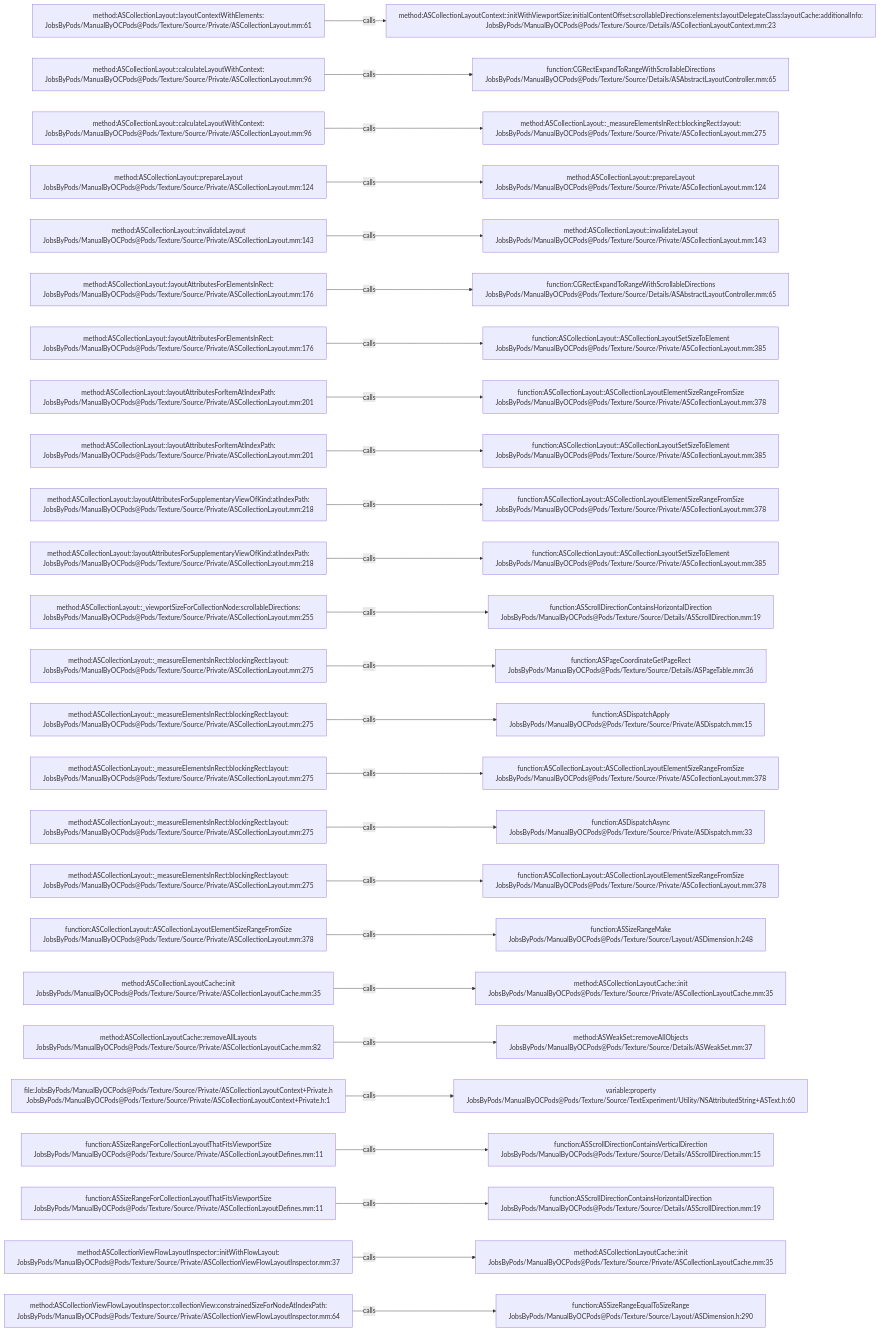
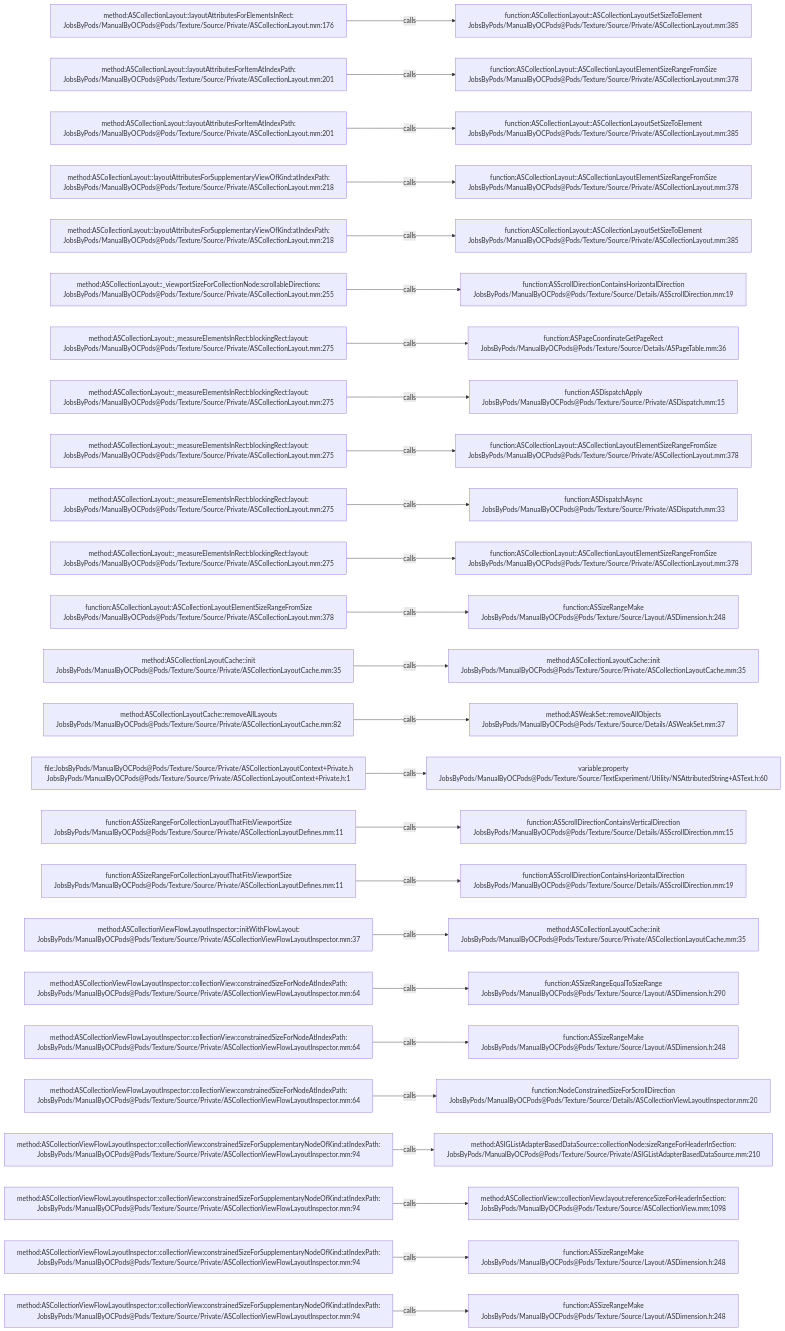
The diagram in .codegraph/codegraph.md/graphs/calls-177.md (JobsKits/JobsOCBaseConfigDemo), drawn with Mermaid before and after one commit. The commit also changed 666 other files, not shown here.

````diff
--- a/.codegraph/codegraph.md/graphs/calls-177.md
+++ b/.codegraph/codegraph.md/graphs/calls-177.md
@@ -13,78 +13,78 @@
 ```mermaid
 flowchart LR
-  S1["method:ASCollectionLayout::layoutContextWithElements:<br/>JobsByPods/ManualByOCPods@Pods/Texture/Source/Private/ASCollectionLayout.mm:61"]
-  T1["method:ASCollectionLayoutContext::initWithViewportSize:initialContentOffset:scrollableDirections:elements:layoutDelegateClass:layoutCache:additionalInfo:<br/>JobsByPods/ManualByOCPods@Pods/Texture/Source/Details/ASCollectionLayoutContext.mm:23"]
+  S1["method:ASCollectionLayout::layoutAttributesForElementsInRect:<br/>JobsByPods/ManualByOCPods@Pods/Texture/Source/Private/ASCollectionLayout.mm:176"]
+  T1["function:ASCollectionLayout::ASCollectionLayoutSetSizeToElement<br/>JobsByPods/ManualByOCPods@Pods/Texture/Source/Private/ASCollectionLayout.mm:385"]
   S1 -->|calls| T1
-  S2["method:ASCollectionLayout::calculateLayoutWithContext:<br/>JobsByPods/ManualByOCPods@Pods/Texture/Source/Private/ASCollectionLayout.mm:96"]
-  T2["function:CGRectExpandToRangeWithScrollableDirections<br/>JobsByPods/ManualByOCPods@Pods/Texture/Source/Details/ASAbstractLayoutController.mm:65"]
+  S2["method:ASCollectionLayout::layoutAttributesForItemAtIndexPath:<br/>JobsByPods/ManualByOCPods@Pods/Texture/Source/Private/ASCollectionLayout.mm:201"]
+  T2["function:ASCollectionLayout::ASCollectionLayoutElementSizeRangeFromSize<br/>JobsByPods/ManualByOCPods@Pods/Texture/Source/Private/ASCollectionLayout.mm:378"]
   S2 -->|calls| T2
-  S3["method:ASCollectionLayout::calculateLayoutWithContext:<br/>JobsByPods/ManualByOCPods@Pods/Texture/Source/Private/ASCollectionLayout.mm:96"]
-  T3["method:ASCollectionLayout::_measureElementsInRect:blockingRect:layout:<br/>JobsByPods/ManualByOCPods@Pods/Texture/Source/Private/ASCollectionLayout.mm:275"]
+  S3["method:ASCollectionLayout::layoutAttributesForItemAtIndexPath:<br/>JobsByPods/ManualByOCPods@Pods/Texture/Source/Private/ASCollectionLayout.mm:201"]
+  T3["function:ASCollectionLayout::ASCollectionLayoutSetSizeToElement<br/>JobsByPods/ManualByOCPods@Pods/Texture/Source/Private/ASCollectionLayout.mm:385"]
   S3 -->|calls| T3
-  S4["method:ASCollectionLayout::prepareLayout<br/>JobsByPods/ManualByOCPods@Pods/Texture/Source/Private/ASCollectionLayout.mm:124"]
-  T4["method:ASCollectionLayout::prepareLayout<br/>JobsByPods/ManualByOCPods@Pods/Texture/Source/Private/ASCollectionLayout.mm:124"]
+  S4["method:ASCollectionLayout::layoutAttributesForSupplementaryViewOfKind:atIndexPath:<br/>JobsByPods/ManualByOCPods@Pods/Texture/Source/Private/ASCollectionLayout.mm:218"]
+  T4["function:ASCollectionLayout::ASCollectionLayoutElementSizeRangeFromSize<br/>JobsByPods/ManualByOCPods@Pods/Texture/Source/Private/ASCollectionLayout.mm:378"]
   S4 -->|calls| T4
-  S5["method:ASCollectionLayout::invalidateLayout<br/>JobsByPods/ManualByOCPods@Pods/Texture/Source/Private/ASCollectionLayout.mm:143"]
-  T5["method:ASCollectionLayout::invalidateLayout<br/>JobsByPods/ManualByOCPods@Pods/Texture/Source/Private/ASCollectionLayout.mm:143"]
+  S5["method:ASCollectionLayout::layoutAttributesForSupplementaryViewOfKind:atIndexPath:<br/>JobsByPods/ManualByOCPods@Pods/Texture/Source/Private/ASCollectionLayout.mm:218"]
+  T5["function:ASCollectionLayout::ASCollectionLayoutSetSizeToElement<br/>JobsByPods/ManualByOCPods@Pods/Texture/Source/Private/ASCollectionLayout.mm:385"]
   S5 -->|calls| T5
-  S6["method:ASCollectionLayout::layoutAttributesForElementsInRect:<br/>JobsByPods/ManualByOCPods@Pods/Texture/Source/Private/ASCollectionLayout.mm:176"]
-  T6["function:CGRectExpandToRangeWithScrollableDirections<br/>JobsByPods/ManualByOCPods@Pods/Texture/Source/Details/ASAbstractLayoutController.mm:65"]
+  S6["method:ASCollectionLayout::_viewportSizeForCollectionNode:scrollableDirections:<br/>JobsByPods/ManualByOCPods@Pods/Texture/Source/Private/ASCollectionLayout.mm:255"]
+  T6["function:ASScrollDirectionContainsHorizontalDirection<br/>JobsByPods/ManualByOCPods@Pods/Texture/Source/Details/ASScrollDirection.mm:19"]
   S6 -->|calls| T6
-  S7["method:ASCollectionLayout::layoutAttributesForElementsInRect:<br/>JobsByPods/ManualByOCPods@Pods/Texture/Source/Private/ASCollectionLayout.mm:176"]
-  T7["function:ASCollectionLayout::ASCollectionLayoutSetSizeToElement<br/>JobsByPods/ManualByOCPods@Pods/Texture/Source/Private/ASCollectionLayout.mm:385"]
+  S7["method:ASCollectionLayout::_measureElementsInRect:blockingRect:layout:<br/>JobsByPods/ManualByOCPods@Pods/Texture/Source/Private/ASCollectionLayout.mm:275"]
+  T7["function:ASPageCoordinateGetPageRect<br/>JobsByPods/ManualByOCPods@Pods/Texture/Source/Details/ASPageTable.mm:36"]
   S7 -->|calls| T7
-  S8["method:ASCollectionLayout::layoutAttributesForItemAtIndexPath:<br/>JobsByPods/ManualByOCPods@Pods/Texture/Source/Private/ASCollectionLayout.mm:201"]
-  T8["function:ASCollectionLayout::ASCollectionLayoutElementSizeRangeFromSize<br/>JobsByPods/ManualByOCPods@Pods/Texture/Source/Private/ASCollectionLayout.mm:378"]
+  S8["method:ASCollectionLayout::_measureElementsInRect:blockingRect:layout:<br/>JobsByPods/ManualByOCPods@Pods/Texture/Source/Private/ASCollectionLayout.mm:275"]
+  T8["function:ASDispatchApply<br/>JobsByPods/ManualByOCPods@Pods/Texture/Source/Private/ASDispatch.mm:15"]
   S8 -->|calls| T8
-  S9["method:ASCollectionLayout::layoutAttributesForItemAtIndexPath:<br/>JobsByPods/ManualByOCPods@Pods/Texture/Source/Private/ASCollectionLayout.mm:201"]
-  T9["function:ASCollectionLayout::ASCollectionLayoutSetSizeToElement<br/>JobsByPods/ManualByOCPods@Pods/Texture/Source/Private/ASCollectionLayout.mm:385"]
+  S9["method:ASCollectionLayout::_measureElementsInRect:blockingRect:layout:<br/>JobsByPods/ManualByOCPods@Pods/Texture/Source/Private/ASCollectionLayout.mm:275"]
+  T9["function:ASCollectionLayout::ASCollectionLayoutElementSizeRangeFromSize<br/>JobsByPods/ManualByOCPods@Pods/Texture/Source/Private/ASCollectionLayout.mm:378"]
   S9 -->|calls| T9
-  S10["method:ASCollectionLayout::layoutAttributesForSupplementaryViewOfKind:atIndexPath:<br/>JobsByPods/ManualByOCPods@Pods/Texture/Source/Private/ASCollectionLayout.mm:218"]
-  T10["function:ASCollectionLayout::ASCollectionLayoutElementSizeRangeFromSize<br/>JobsByPods/ManualByOCPods@Pods/Texture/Source/Private/ASCollectionLayout.mm:378"]
+  S10["method:ASCollectionLayout::_measureElementsInRect:blockingRect:layout:<br/>JobsByPods/ManualByOCPods@Pods/Texture/Source/Private/ASCollectionLayout.mm:275"]
+  T10["function:ASDispatchAsync<br/>JobsByPods/ManualByOCPods@Pods/Texture/Source/Private/ASDispatch.mm:33"]
   S10 -->|calls| T10
-  S11["method:ASCollectionLayout::layoutAttributesForSupplementaryViewOfKind:atIndexPath:<br/>JobsByPods/ManualByOCPods@Pods/Texture/Source/Private/ASCollectionLayout.mm:218"]
-  T11["function:ASCollectionLayout::ASCollectionLayoutSetSizeToElement<br/>JobsByPods/ManualByOCPods@Pods/Texture/Source/Private/ASCollectionLayout.mm:385"]
+  S11["method:ASCollectionLayout::_measureElementsInRect:blockingRect:layout:<br/>JobsByPods/ManualByOCPods@Pods/Texture/Source/Private/ASCollectionLayout.mm:275"]
+  T11["function:ASCollectionLayout::ASCollectionLayoutElementSizeRangeFromSize<br/>JobsByPods/ManualByOCPods@Pods/Texture/Source/Private/ASCollectionLayout.mm:378"]
   S11 -->|calls| T11
-  S12["method:ASCollectionLayout::_viewportSizeForCollectionNode:scrollableDirections:<br/>JobsByPods/ManualByOCPods@Pods/Texture/Source/Private/ASCollectionLayout.mm:255"]
-  T12["function:ASScrollDirectionContainsHorizontalDirection<br/>JobsByPods/ManualByOCPods@Pods/Texture/Source/Details/ASScrollDirection.mm:19"]
+  S12["function:ASCollectionLayout::ASCollectionLayoutElementSizeRangeFromSize<br/>JobsByPods/ManualByOCPods@Pods/Texture/Source/Private/ASCollectionLayout.mm:378"]
+  T12["function:ASSizeRangeMake<br/>JobsByPods/ManualByOCPods@Pods/Texture/Source/Layout/ASDimension.h:248"]
   S12 -->|calls| T12
-  S13["method:ASCollectionLayout::_measureElementsInRect:blockingRect:layout:<br/>JobsByPods/ManualByOCPods@Pods/Texture/Source/Private/ASCollectionLayout.mm:275"]
-  T13["function:ASPageCoordinateGetPageRect<br/>JobsByPods/ManualByOCPods@Pods/Texture/Source/Details/ASPageTable.mm:36"]
+  S13["method:ASCollectionLayoutCache::init<br/>JobsByPods/ManualByOCPods@Pods/Texture/Source/Private/ASCollectionLayoutCache.mm:35"]
+  T13["method:ASCollectionLayoutCache::init<br/>JobsByPods/ManualByOCPods@Pods/Texture/Source/Private/ASCollectionLayoutCache.mm:35"]
   S13 -->|calls| T13
-  S14["method:ASCollectionLayout::_measureElementsInRect:blockingRect:layout:<br/>JobsByPods/ManualByOCPods@Pods/Texture/Source/Private/ASCollectionLayout.mm:275"]
-  T14["function:ASDispatchApply<br/>JobsByPods/ManualByOCPods@Pods/Texture/Source/Private/ASDispatch.mm:15"]
+  S14["method:ASCollectionLayoutCache::removeAllLayouts<br/>JobsByPods/ManualByOCPods@Pods/Texture/Source/Private/ASCollectionLayoutCache.mm:82"]
+  T14["method:ASWeakSet::removeAllObjects<br/>JobsByPods/ManualByOCPods@Pods/Texture/Source/Details/ASWeakSet.mm:37"]
   S14 -->|calls| T14
-  S15["method:ASCollectionLayout::_measureElementsInRect:blockingRect:layout:<br/>JobsByPods/ManualByOCPods@Pods/Texture/Source/Private/ASCollectionLayout.mm:275"]
-  T15["function:ASCollectionLayout::ASCollectionLayoutElementSizeRangeFromSize<br/>JobsByPods/ManualByOCPods@Pods/Texture/Source/Private/ASCollectionLayout.mm:378"]
+  S15["file:JobsByPods/ManualByOCPods@Pods/Texture/Source/Private/ASCollectionLayoutContext+Private.h<br/>JobsByPods/ManualByOCPods@Pods/Texture/Source/Private/ASCollectionLayoutContext+Private.h:1"]
+  T15["variable:property<br/>JobsByPods/ManualByOCPods@Pods/Texture/Source/TextExperiment/Utility/NSAttributedString+ASText.h:60"]
   S15 -->|calls| T15
-  S16["method:ASCollectionLayout::_measureElementsInRect:blockingRect:layout:<br/>JobsByPods/ManualByOCPods@Pods/Texture/Source/Private/ASCollectionLayout.mm:275"]
-  T16["function:ASDispatchAsync<br/>JobsByPods/ManualByOCPods@Pods/Texture/Source/Private/ASDispatch.mm:33"]
+  S16["function:ASSizeRangeForCollectionLayoutThatFitsViewportSize<br/>JobsByPods/ManualByOCPods@Pods/Texture/Source/Private/ASCollectionLayoutDefines.mm:11"]
+  T16["function:ASScrollDirectionContainsVerticalDirection<br/>JobsByPods/ManualByOCPods@Pods/Texture/Source/Details/ASScrollDirection.mm:15"]
   S16 -->|calls| T16
-  S17["method:ASCollectionLayout::_measureElementsInRect:blockingRect:layout:<br/>JobsByPods/ManualByOCPods@Pods/Texture/Source/Private/ASCollectionLayout.mm:275"]
-  T17["function:ASCollectionLayout::ASCollectionLayoutElementSizeRangeFromSize<br/>JobsByPods/ManualByOCPods@Pods/Texture/Source/Private/ASCollectionLayout.mm:378"]
+  S17["function:ASSizeRangeForCollectionLayoutThatFitsViewportSize<br/>JobsByPods/ManualByOCPods@Pods/Texture/Source/Private/ASCollectionLayoutDefines.mm:11"]
+  T17["function:ASScrollDirectionContainsHorizontalDirection<br/>JobsByPods/ManualByOCPods@Pods/Texture/Source/Details/ASScrollDirection.mm:19"]
   S17 -->|calls| T17
-  S18["function:ASCollectionLayout::ASCollectionLayoutElementSizeRangeFromSize<br/>JobsByPods/ManualByOCPods@Pods/Texture/Source/Private/ASCollectionLayout.mm:378"]
-  T18["function:ASSizeRangeMake<br/>JobsByPods/ManualByOCPods@Pods/Texture/Source/Layout/ASDimension.h:248"]
+  S18["method:ASCollectionViewFlowLayoutInspector::initWithFlowLayout:<br/>JobsByPods/ManualByOCPods@Pods/Texture/Source/Private/ASCollectionViewFlowLayoutInspector.mm:37"]
+  T18["method:ASCollectionLayoutCache::init<br/>JobsByPods/ManualByOCPods@Pods/Texture/Source/Private/ASCollectionLayoutCache.mm:35"]
   S18 -->|calls| T18
-  S19["method:ASCollectionLayoutCache::init<br/>JobsByPods/ManualByOCPods@Pods/Texture/Source/Private/ASCollectionLayoutCache.mm:35"]
-  T19["method:ASCollectionLayoutCache::init<br/>JobsByPods/ManualByOCPods@Pods/Texture/Source/Private/ASCollectionLayoutCache.mm:35"]
+  S19["method:ASCollectionViewFlowLayoutInspector::collectionView:constrainedSizeForNodeAtIndexPath:<br/>JobsByPods/ManualByOCPods@Pods/Texture/Source/Private/ASCollectionViewFlowLayoutInspector.mm:64"]
+  T19["function:ASSizeRangeEqualToSizeRange<br/>JobsByPods/ManualByOCPods@Pods/Texture/Source/Layout/ASDimension.h:290"]
   S19 -->|calls| T19
-  S20["method:ASCollectionLayoutCache::removeAllLayouts<br/>JobsByPods/ManualByOCPods@Pods/Texture/Source/Private/ASCollectionLayoutCache.mm:82"]
-  T20["method:ASWeakSet::removeAllObjects<br/>JobsByPods/ManualByOCPods@Pods/Texture/Source/Details/ASWeakSet.mm:37"]
+  S20["method:ASCollectionViewFlowLayoutInspector::collectionView:constrainedSizeForNodeAtIndexPath:<br/>JobsByPods/ManualByOCPods@Pods/Texture/Source/Private/ASCollectionViewFlowLayoutInspector.mm:64"]
+  T20["function:ASSizeRangeMake<br/>JobsByPods/ManualByOCPods@Pods/Texture/Source/Layout/ASDimension.h:248"]
   S20 -->|calls| T20
-  S21["file:JobsByPods/ManualByOCPods@Pods/Texture/Source/Private/ASCollectionLayoutContext+Private.h<br/>JobsByPods/ManualByOCPods@Pods/Texture/Source/Private/ASCollectionLayoutContext+Private.h:1"]
-  T21["variable:property<br/>JobsByPods/ManualByOCPods@Pods/Texture/Source/TextExperiment/Utility/NSAttributedString+ASText.h:60"]
+  S21["method:ASCollectionViewFlowLayoutInspector::collectionView:constrainedSizeForNodeAtIndexPath:<br/>JobsByPods/ManualByOCPods@Pods/Texture/Source/Private/ASCollectionViewFlowLayoutInspector.mm:64"]
+  T21["function:NodeConstrainedSizeForScrollDirection<br/>JobsByPods/ManualByOCPods@Pods/Texture/Source/Details/ASCollectionViewLayoutInspector.mm:20"]
   S21 -->|calls| T21
-  S22["function:ASSizeRangeForCollectionLayoutThatFitsViewportSize<br/>JobsByPods/ManualByOCPods@Pods/Texture/Source/Private/ASCollectionLayoutDefines.mm:11"]
-  T22["function:ASScrollDirectionContainsVerticalDirection<br/>JobsByPods/ManualByOCPods@Pods/Texture/Source/Details/ASScrollDirection.mm:15"]
+  S22["method:ASCollectionViewFlowLayoutInspector::collectionView:constrainedSizeForSupplementaryNodeOfKind:atIndexPath:<br/>JobsByPods/ManualByOCPods@Pods/Texture/Source/Private/ASCollectionViewFlowLayoutInspector.mm:94"]
+  T22["method:ASIGListAdapterBasedDataSource::collectionNode:sizeRangeForHeaderInSection:<br/>JobsByPods/ManualByOCPods@Pods/Texture/Source/Private/ASIGListAdapterBasedDataSource.mm:210"]
   S22 -->|calls| T22
-  S23["function:ASSizeRangeForCollectionLayoutThatFitsViewportSize<br/>JobsByPods/ManualByOCPods@Pods/Texture/Source/Private/ASCollectionLayoutDefines.mm:11"]
-  T23["function:ASScrollDirectionContainsHorizontalDirection<br/>JobsByPods/ManualByOCPods@Pods/Texture/Source/Details/ASScrollDirection.mm:19"]
+  S23["method:ASCollectionViewFlowLayoutInspector::collectionView:constrainedSizeForSupplementaryNodeOfKind:atIndexPath:<br/>JobsByPods/ManualByOCPods@Pods/Texture/Source/Private/ASCollectionViewFlowLayoutInspector.mm:94"]
+  T23["method:ASCollectionView::collectionView:layout:referenceSizeForHeaderInSection:<br/>JobsByPods/ManualByOCPods@Pods/Texture/Source/ASCollectionView.mm:1098"]
   S23 -->|calls| T23
-  S24["method:ASCollectionViewFlowLayoutInspector::initWithFlowLayout:<br/>JobsByPods/ManualByOCPods@Pods/Texture/Source/Private/ASCollectionViewFlowLayoutInspector.mm:37"]
-  T24["method:ASCollectionLayoutCache::init<br/>JobsByPods/ManualByOCPods@Pods/Texture/Source/Private/ASCollectionLayoutCache.mm:35"]
+  S24["method:ASCollectionViewFlowLayoutInspector::collectionView:constrainedSizeForSupplementaryNodeOfKind:atIndexPath:<br/>JobsByPods/ManualByOCPods@Pods/Texture/Source/Private/ASCollectionViewFlowLayoutInspector.mm:94"]
+  T24["function:ASSizeRangeMake<br/>JobsByPods/ManualByOCPods@Pods/Texture/Source/Layout/ASDimension.h:248"]
   S24 -->|calls| T24
-  S25["method:ASCollectionViewFlowLayoutInspector::collectionView:constrainedSizeForNodeAtIndexPath:<br/>JobsByPods/ManualByOCPods@Pods/Texture/Source/Private/ASCollectionViewFlowLayoutInspector.mm:64"]
-  T25["function:ASSizeRangeEqualToSizeRange<br/>JobsByPods/ManualByOCPods@Pods/Texture/Source/Layout/ASDimension.h:290"]
+  S25["method:ASCollectionViewFlowLayoutInspector::collectionView:constrainedSizeForSupplementaryNodeOfKind:atIndexPath:<br/>JobsByPods/ManualByOCPods@Pods/Texture/Source/Private/ASCollectionViewFlowLayoutInspector.mm:94"]
+  T25["function:ASSizeRangeMake<br/>JobsByPods/ManualByOCPods@Pods/Texture/Source/Layout/ASDimension.h:248"]
   S25 -->|calls| T25
 ```
````
